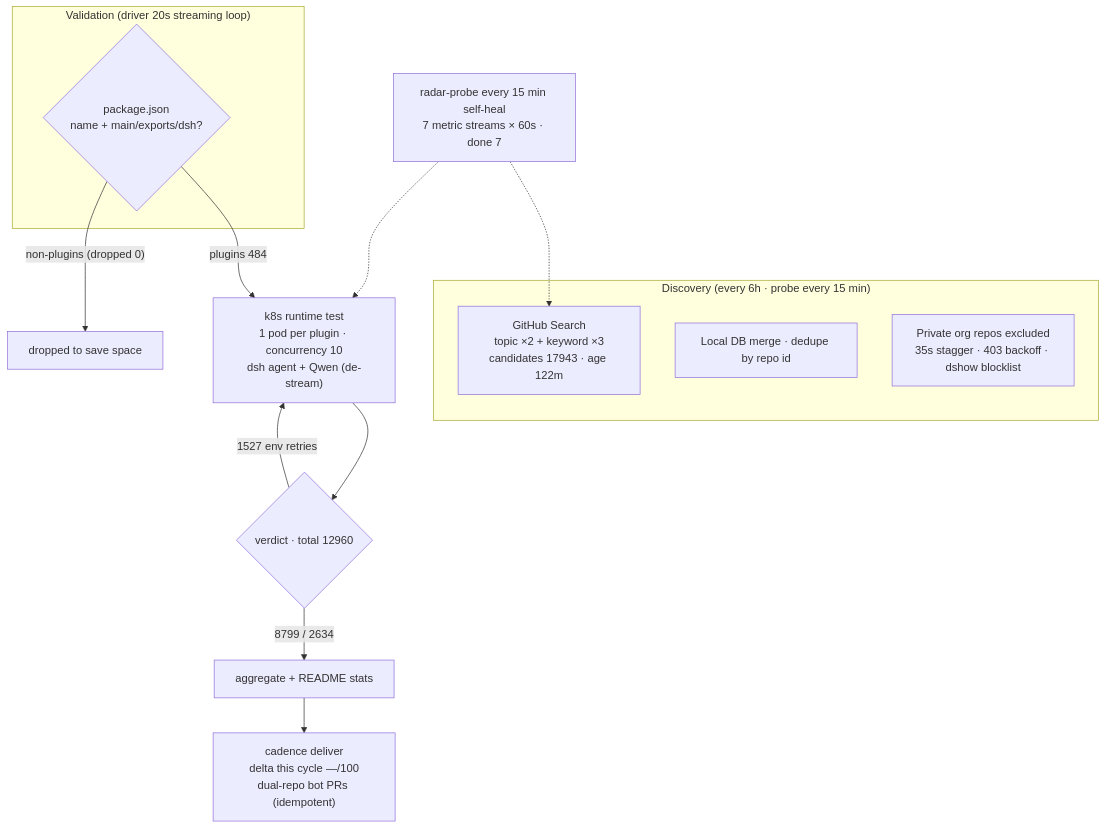
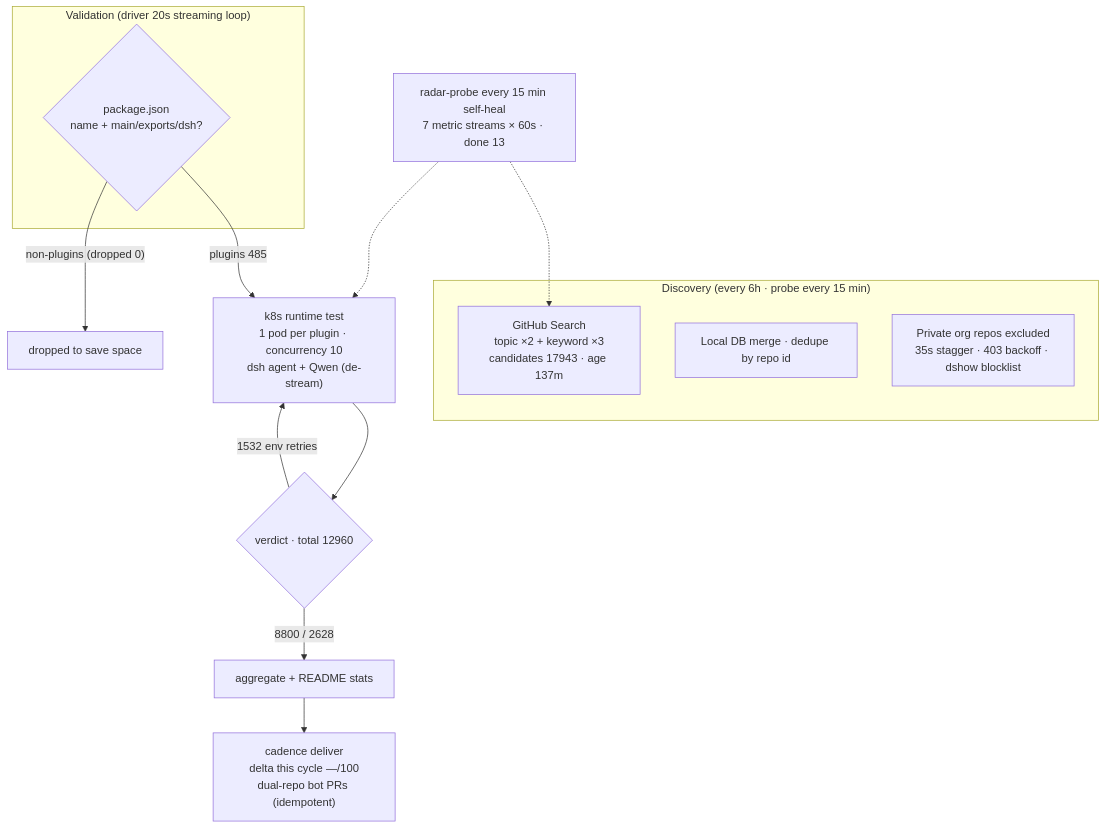
The diagram in README.en-US.md (AdamPlatin123/awesome-dsh-plugins), drawn with Mermaid before and after one commit. The commit also changed other lines of this file and 5 other files, not shown here.

````diff
--- a/README.en-US.md
+++ b/README.en-US.md
@@ -45,20 +45,20 @@
 ```mermaid
 flowchart TB
     subgraph Discovery["Discovery (every 6h · probe every 15 min)"]
-        A1["GitHub Search<br/>topic ×2 + keyword ×3<br/>candidates 17943 · age 122m"]
+        A1["GitHub Search<br/>topic ×2 + keyword ×3<br/>candidates 17943 · age 137m"]
         A2["Local DB merge · dedupe by repo id"]
         A3["Private org repos excluded<br/>35s stagger · 403 backoff · dshow blocklist"]
     end
     subgraph Validation["Validation (driver 20s streaming loop)"]
         B1{"package.json<br/>name + main/exports/dsh?"}
     end
-    B1 -->|"plugins 484"| C1["k8s runtime test<br/>1 pod per plugin · concurrency 10<br/>dsh agent + Qwen (de-stream)"]
+    B1 -->|"plugins 485"| C1["k8s runtime test<br/>1 pod per plugin · concurrency 10<br/>dsh agent + Qwen (de-stream)"]
     B1 -->|"non-plugins (dropped 0)"| B3["dropped to save space"]
     C1 --> D1{"verdict · total 12960"}
-    D1 -->|"8799 / 2634"| E1["aggregate + README stats"]
-    D1 -->|"1527 env retries"| C1
+    D1 -->|"8800 / 2628"| E1["aggregate + README stats"]
+    D1 -->|"1532 env retries"| C1
     E1 --> E2["cadence deliver<br/>delta this cycle —/100<br/>dual-repo bot PRs (idempotent)"]
-    M["radar-probe every 15 min self-heal<br/>7 metric streams × 60s · done 7"]
+    M["radar-probe every 15 min self-heal<br/>7 metric streams × 60s · done 13"]
     M -.-> A1
     M -.-> C1
 ```
````
